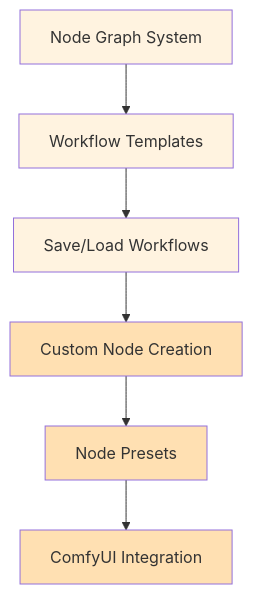
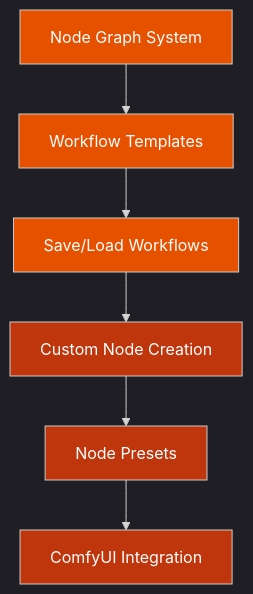
The fourth of 7 diagrams in instructions/task-visualization.md (subtillioN/imagN), drawn with Mermaid before and after one commit. The commit also changed other lines of this file and 43 other files, not shown here.

````diff
--- a/instructions/task-visualization.md
+++ b/instructions/task-visualization.md
@@ -41,15 +81,16 @@
 ```mermaid
+%%{init: {'theme':'dark'}}%%
 graph TD
     A[Node Graph System] --> B[Workflow Templates]
     B --> C[Save/Load Workflows]
     C --> D[Custom Node Creation]
     D --> E[Node Presets]
     E --> F[ComfyUI Integration]
     
-    style A fill:#fff3e0
-    style B fill:#fff3e0
-    style C fill:#fff3e0
-    style D fill:#ffe0b2
-    style E fill:#ffe0b2
-    style F fill:#ffe0b2
+    style A fill:#e65100,color:#ffffff
+    style B fill:#e65100,color:#ffffff
+    style C fill:#e65100,color:#ffffff
+    style D fill:#bf360c,color:#ffffff
+    style E fill:#bf360c,color:#ffffff
+    style F fill:#bf360c,color:#ffffff
 ```
````
